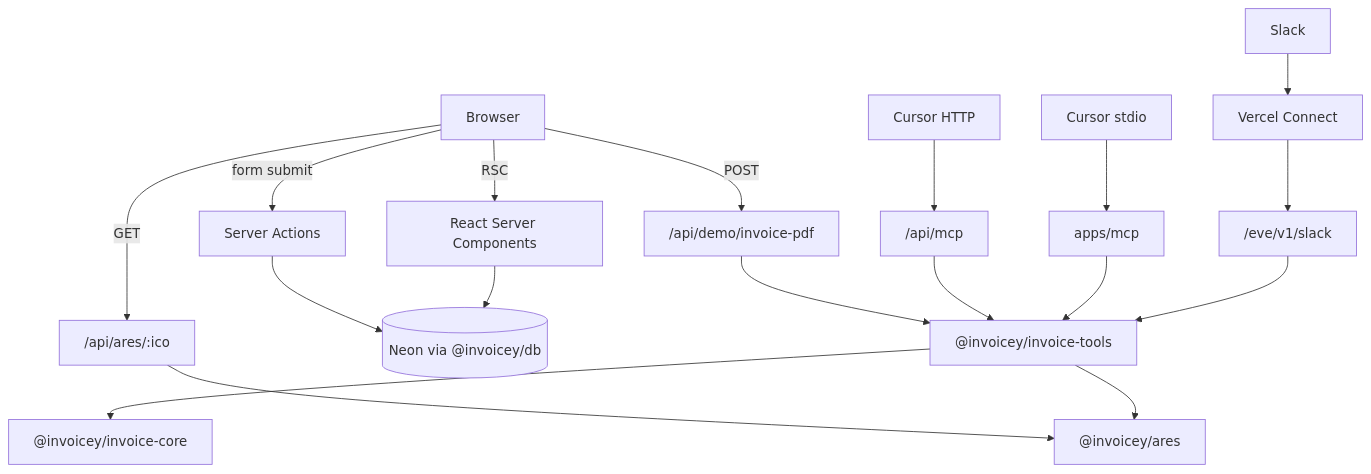
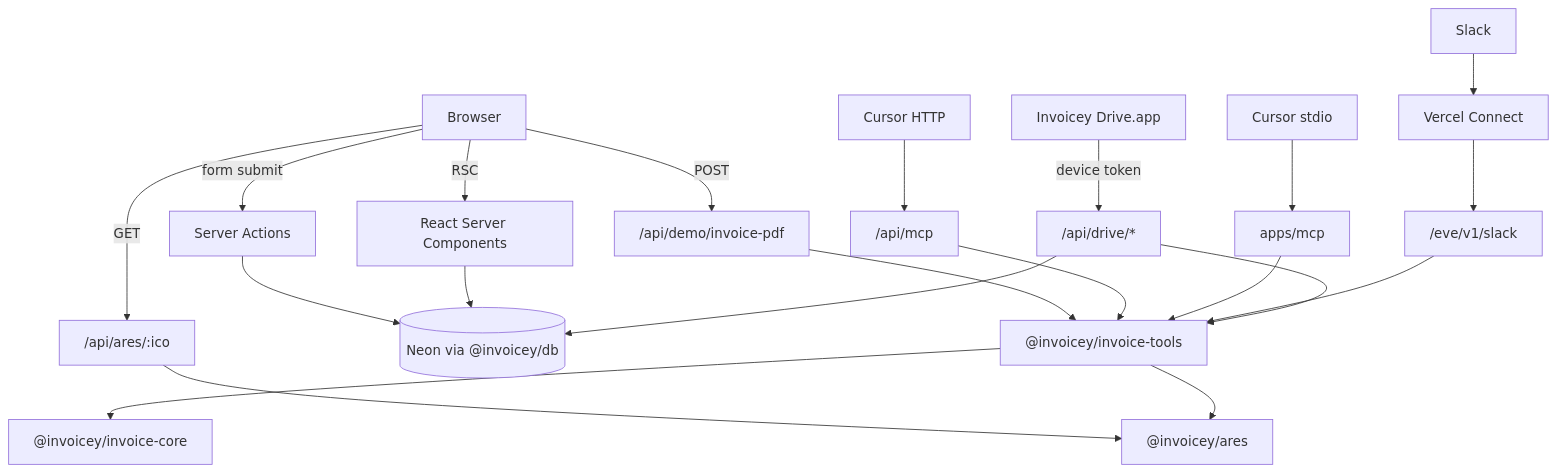
One commit to filipditrich/inveoiceyai changed the first of 4 diagrams in docs/architecture.md. Above: the diagram before and after it, drawn with Mermaid. The commit also changed other lines of this file and 57 other files, not shown here.

First line of the commit message:
feat: add Invoicey Drive pairing, index, and account settings (#28)

````diff
--- a/docs/architecture.md
+++ b/docs/architecture.md
@@ -64,21 +65,24 @@
 ```mermaid
 flowchart TD
     Browser["Browser"] -->|RSC| RSC["React Server Components"]
     Browser -->|form submit| SA["Server Actions"]
     Browser -->|GET| RH_ARES["/api/ares/:ico"]
     Browser -->|POST| RH_Demo["/api/demo/invoice-pdf"]
     CursorLocal["Cursor stdio"] --> McpApp["apps/mcp"]
     CursorRemote["Cursor HTTP"] --> RH_Mcp["/api/mcp"]
     SlackAPI["Slack"] --> Connect["Vercel Connect"]
     Connect --> Eve["/eve/v1/slack"]
+    MacDrive["Invoicey Drive.app"] -->|"device token"| RH_Drive["/api/drive/*"]
 
     SA --> DB[("Neon via @invoicey/db")]
     RSC --> DB
     RH_ARES --> Ares["@invoicey/ares"]
     RH_Demo --> Tools["@invoicey/invoice-tools"]
     RH_Mcp --> Tools
     McpApp --> Tools
     Eve --> Tools
+    RH_Drive --> Tools
+    RH_Drive --> DB
     Tools --> Core["@invoicey/invoice-core"]
     Tools --> Ares
 ```
````
